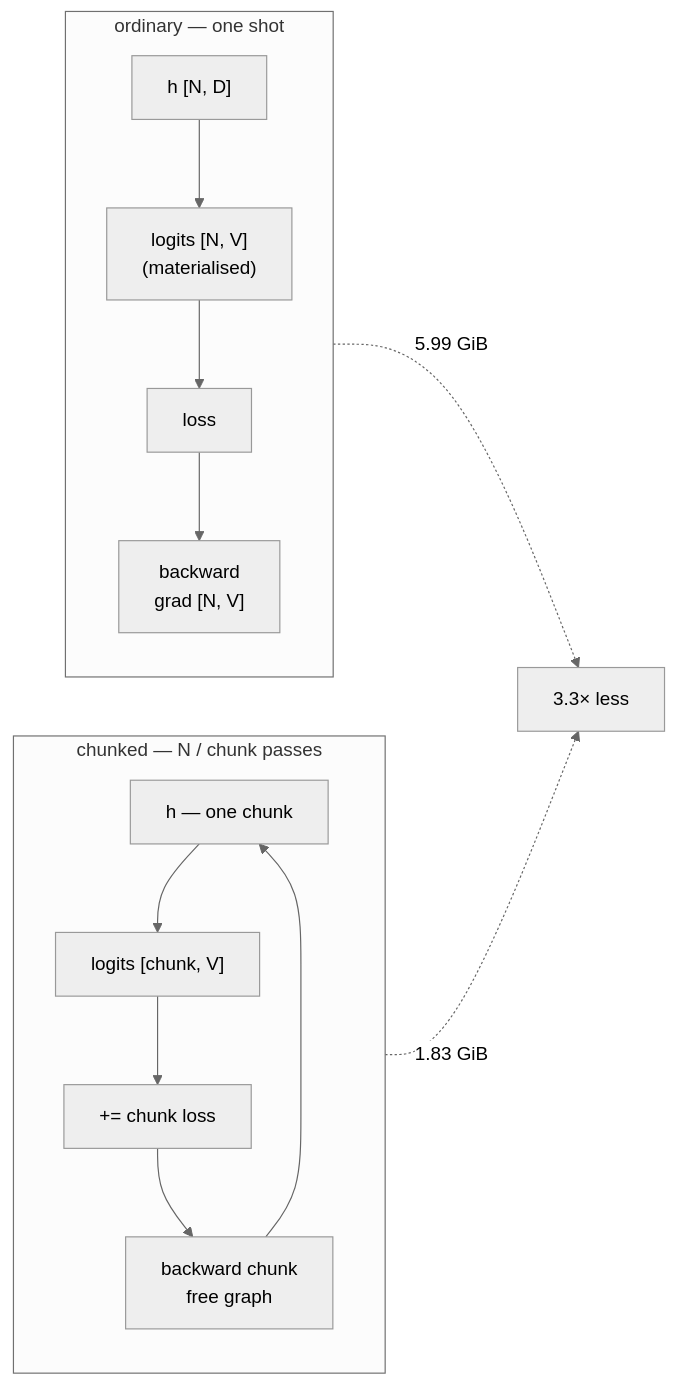
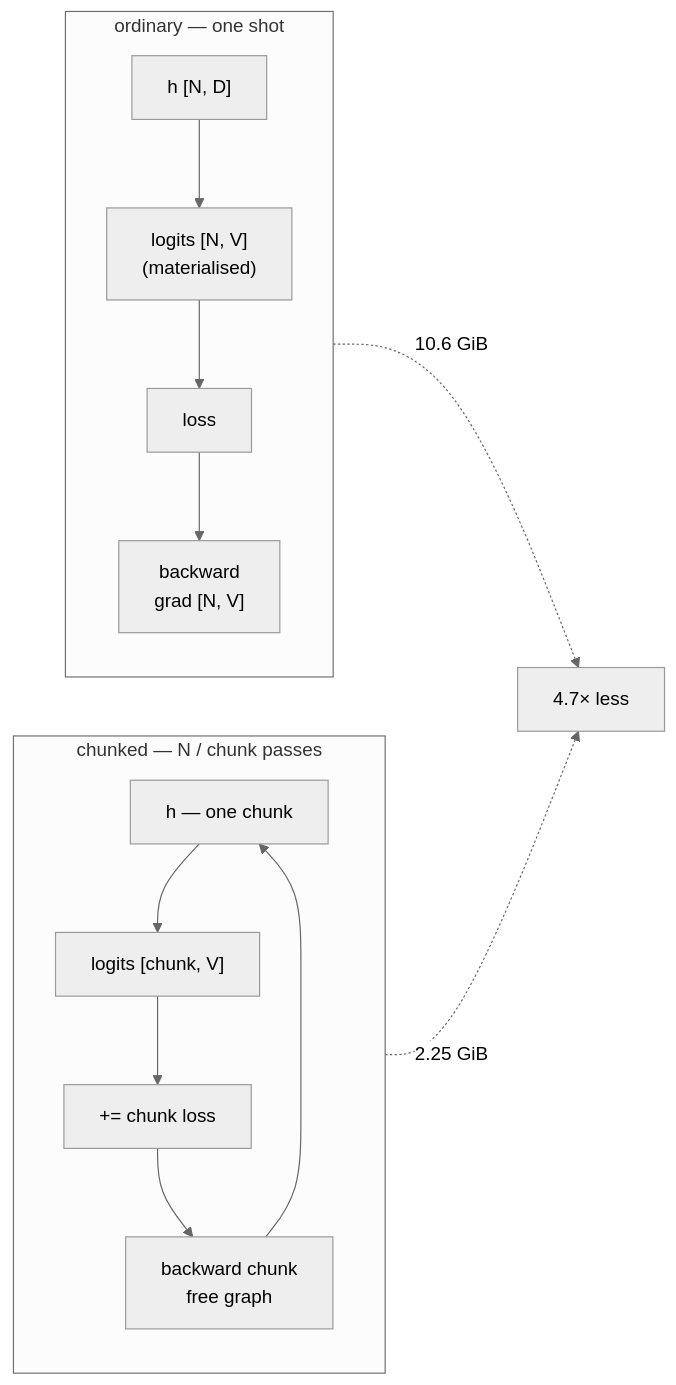
Before and after one commit to RaviNaik/ERA: the third of 4 diagrams in v5/session9/README.md, drawn with Mermaid (neutral theme). The commit also changed other lines of this file and 12 other files, not shown here.

````diff
--- a/v5/session9/README.md
+++ b/v5/session9/README.md
@@ -128,11 +126,11 @@
 ```mermaid
 flowchart LR
     subgraph ord["ordinary — one shot"]
       h1["h [N, D]"] --> g1["logits [N, V]<br/>(materialised)"] --> l1["loss"] --> b1["backward<br/>grad [N, V]"]
     end
     subgraph chk["chunked — N / chunk passes"]
       h2["h — one chunk"] --> g2["logits [chunk, V]"] --> l2["+= chunk loss"] --> b2["backward chunk<br/>free graph"] --> h2
     end
-    ord -. "5.99 GiB" .-> R["3.3× less"]
-    chk -. "1.83 GiB" .-> R
+    ord -. "10.6 GiB" .-> R["4.7× less"]
+    chk -. "2.25 GiB" .-> R
 ```
````
